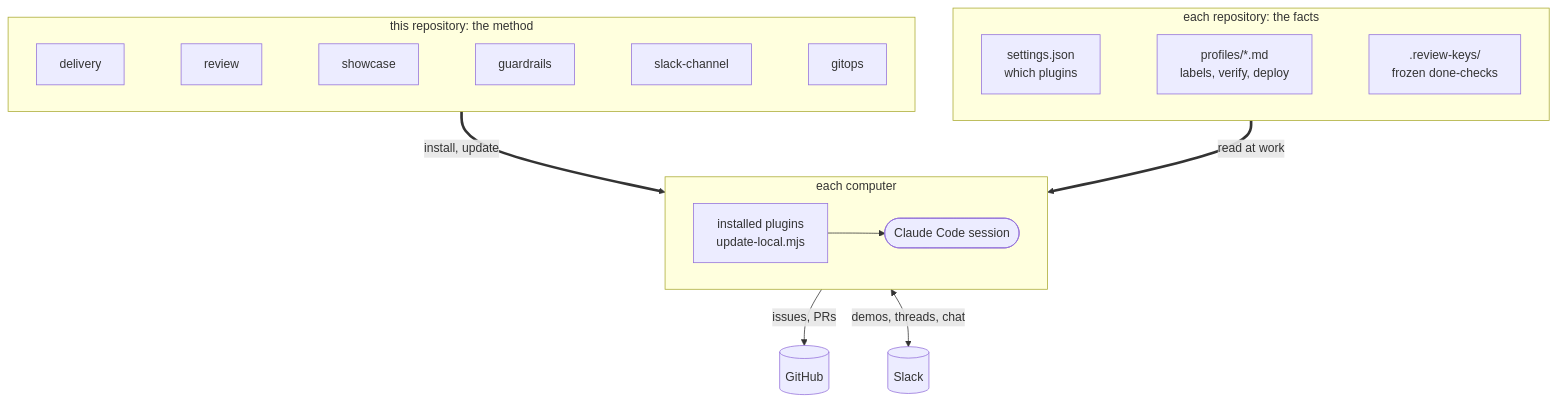
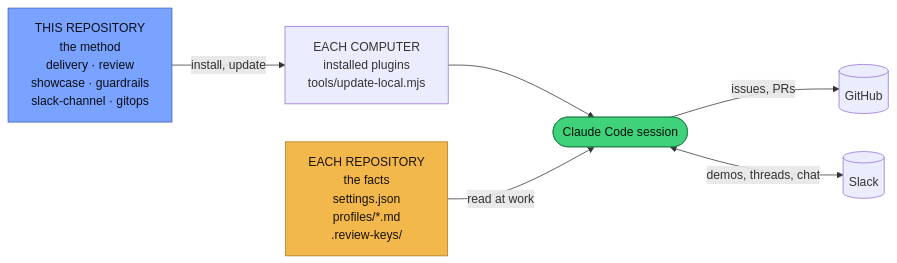
The first of 7 diagrams in README.md (carnufex/claude-skills), drawn with Mermaid before and after one commit.

Commit message:
README: an overview diagram GitHub lays out as drawn (no subgraphs)

````diff
--- a/README.md
+++ b/README.md
@@ -31,19 +31,17 @@
 ```mermaid
-flowchart TB
-  subgraph M["this repository: the method"]
-    direction LR
-    delivery ~~~ review ~~~ showcase ~~~ guardrails ~~~ slack["slack-channel"] ~~~ gitops
-  end
-  subgraph R["each repository: the facts"]
-    direction LR
-    settings["settings.json<br/>which plugins"] ~~~ profile["profiles/*.md<br/>labels, verify, deploy"] ~~~ keys[".review-keys/<br/>frozen done-checks"]
-  end
-  subgraph C["each computer"]
-    direction LR
-    installs["installed plugins<br/>update-local.mjs"] --> session(["Claude Code session"])
-  end
-  M == "install, update" ==> installs
-  R == "read at work" ==> session
-  session -- "issues, PRs" --> GH[(GitHub)]
-  session <-- "demos, threads, chat" --> SL[(Slack)]
+flowchart LR
+  M["THIS REPOSITORY<br/>the method<br/>delivery · review<br/>showcase · guardrails<br/>slack-channel · gitops"]
+  R["EACH REPOSITORY<br/>the facts<br/>settings.json<br/>profiles/*.md<br/>.review-keys/"]
+  I["EACH COMPUTER<br/>installed plugins<br/>tools/update-local.mjs"]
+  S(["Claude Code session"])
+  M -- "install, update" --> I --> S
+  R -- "read at work" --> S
+  S -- "issues, PRs" --> GH[(GitHub)]
+  S <-- "demos, threads, chat" --> SL[(Slack)]
+  classDef method fill:#7aa2ff,stroke:#3d5fb8,color:#0b0f17
+  classDef facts fill:#f2b84b,stroke:#b07d1a,color:#1a1205
+  classDef run fill:#3fd27a,stroke:#1f8a4c,color:#08110c
+  class M method
+  class R facts
+  class S run
 ```
````
